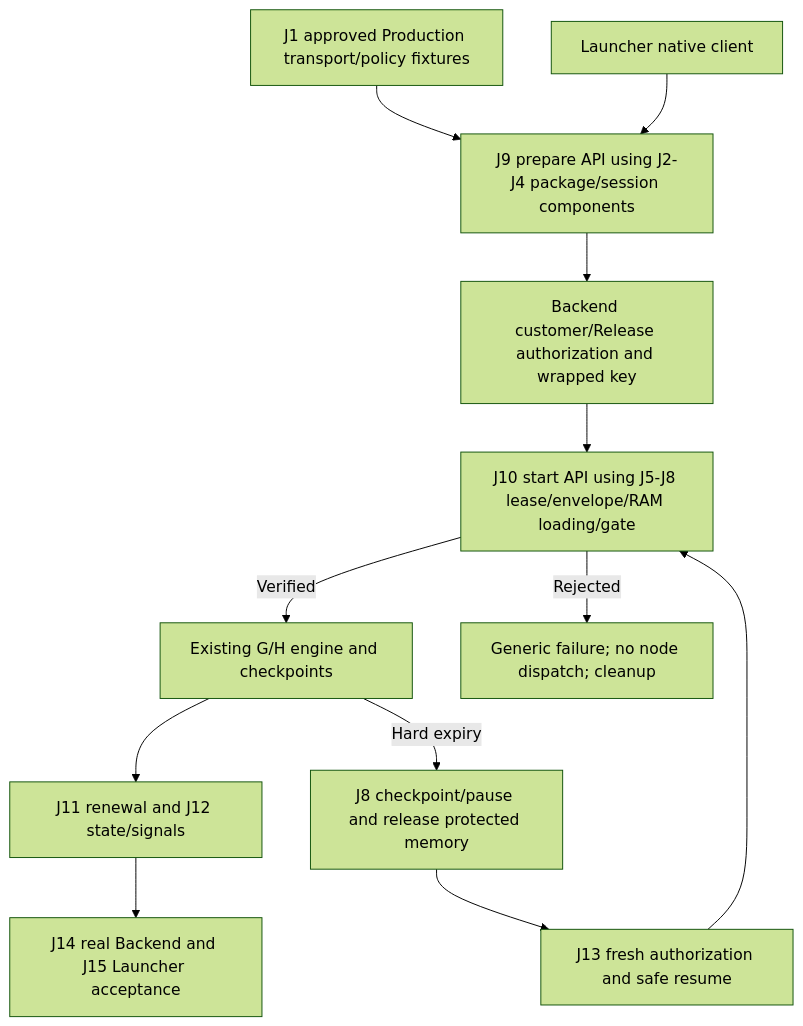
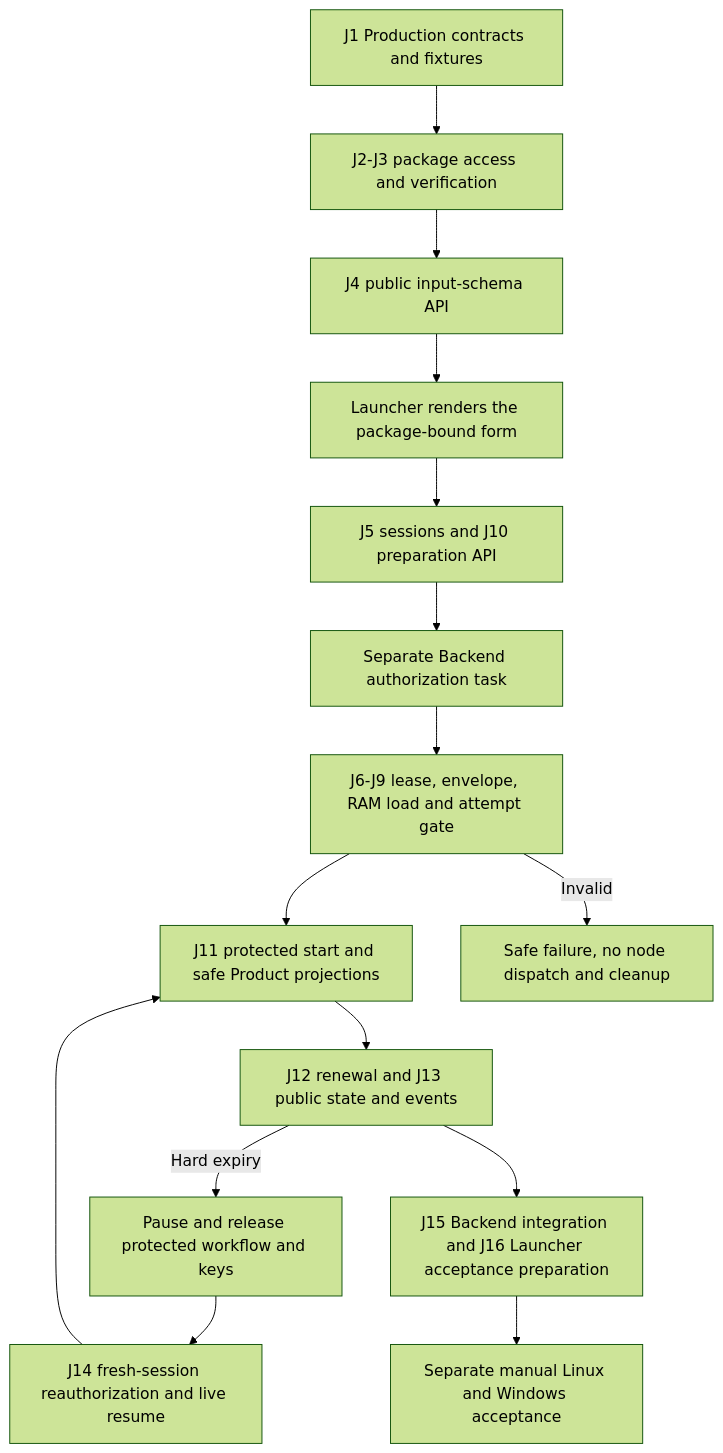
Before and after one commit to A2MaTex/a2matex-docs: the diagram in components/a2matex-runtime/phases/phase_j.md, drawn with Mermaid (forest theme). The commit also changed other lines of this file and 13 other files, not shown here.

````diff
--- a/components/a2matex-runtime/phases/phase_j.md
+++ b/components/a2matex-runtime/phases/phase_j.md
@@ -16,14 +11,17 @@
 ```mermaid
 flowchart TD
-    C[J1 approved Production transport/policy fixtures] --> P[J9 prepare API using J2-J4 package/session components]
-    L[Launcher native client] --> P
-    P --> B[Backend customer/Release authorization and wrapped key]
-    B --> A[J10 start API using J5-J8 lease/envelope/RAM loading/gate]
-    A -->|Verified| E[Existing G/H engine and checkpoints]
-    A -->|Rejected| F[Generic failure; no node dispatch; cleanup]
-    E --> R[J11 renewal and J12 state/signals]
-    E -->|Hard expiry| X[J8 checkpoint/pause and release protected memory]
-    X --> U[J13 fresh authorization and safe resume]
-    U --> A
-    R --> T[J14 real Backend and J15 Launcher acceptance]
+    C[J1 Production contracts and fixtures] --> P[J2-J3 package access and verification]
+    P --> S[J4 public input-schema API]
+    S --> F[Launcher renders the package-bound form]
+    F --> A[J5 sessions and J10 preparation API]
+    A --> B[Separate Backend authorization task]
+    B --> V[J6-J9 lease, envelope, RAM load and attempt gate]
+    V --> R[J11 protected start and safe Product projections]
+    V -->|Invalid| X[Safe failure, no node dispatch and cleanup]
+    R --> N[J12 renewal and J13 public state and events]
+    N -->|Hard expiry| E[Pause and release protected workflow and keys]
+    E --> U[J14 fresh-session reauthorization and live resume]
+    U --> R
+    N --> T[J15 Backend integration and J16 Launcher acceptance preparation]
+    T --> M[Separate manual Linux and Windows acceptance]
 ```
````
